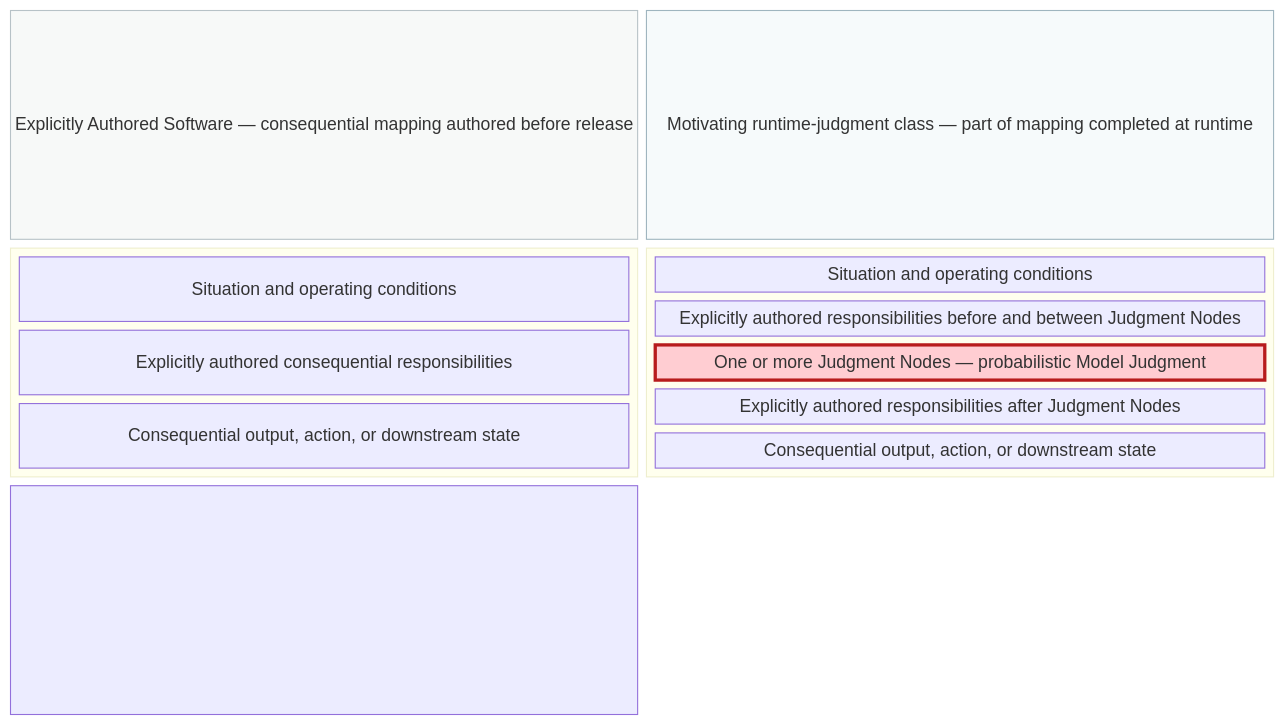
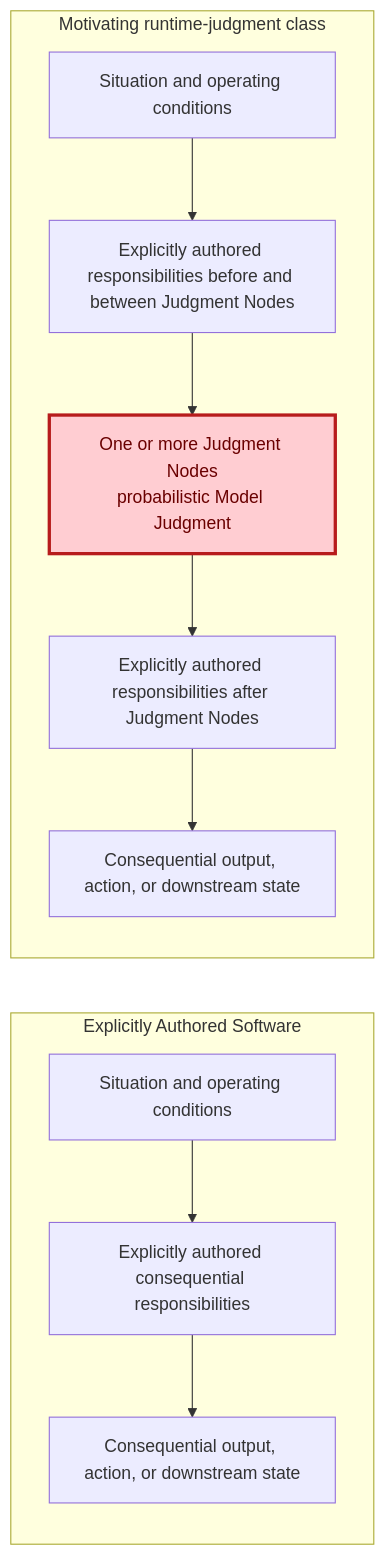
Before and after one commit to UncertaintyArchitectureGroup/uncertainty-architecture: the third of 15 diagrams in content/research/notes/open-engineering-specification-article-draft.md, drawn with Mermaid. The commit also changed 3 other files, not shown here.

Commit message:
research: restore known-good Figure 3 layout

````diff
--- a/content/research/notes/open-engineering-specification-article-draft.md
+++ b/content/research/notes/open-engineering-specification-article-draft.md
@@ -222,25 +222,23 @@
 ```mermaid
-block
-    columns 2
-    H1["Explicitly Authored Software — consequential mapping authored before release"]
-    H2["Motivating runtime-judgment class — part of mapping completed at runtime"]
-    block:L
-        columns 1
+flowchart LR
+    subgraph A["Explicitly Authored Software"]
+        direction TB
         A1["Situation and operating conditions"]
         A2["Explicitly authored consequential responsibilities"]
         A3["Consequential output, action, or downstream state"]
+        A1 --> A2 --> A3
     end
-    block:R
-        columns 1
+
+    subgraph B["Motivating runtime-judgment class"]
+        direction TB
         B1["Situation and operating conditions"]
         B2["Explicitly authored responsibilities before and between Judgment Nodes"]
-        J1["One or more Judgment Nodes — probabilistic Model Judgment"]
+        J1["One or more Judgment Nodes<br/>probabilistic Model Judgment"]
         B4["Explicitly authored responsibilities after Judgment Nodes"]
         B3["Consequential output, action, or downstream state"]
+        B1 --> B2 --> J1 --> B4 --> B3
     end
-    A1 --> A2 --> A3
-    B1 --> B2 --> J1 --> B4 --> B3
-    style H1 fill:#f7f9f8,stroke:#b7c2c7,color:#284b63
-    style H2 fill:#f6fafb,stroke:#9fb5bf,color:#284b63
-    style J1 fill:#ffcdd2,stroke:#b71c1c,stroke-width:3px,color:#6a0000
+
+    classDef judgment fill:#ffcdd2,stroke:#b71c1c,stroke-width:3px,color:#6a0000;
+    class J1 judgment;
 ```
````
